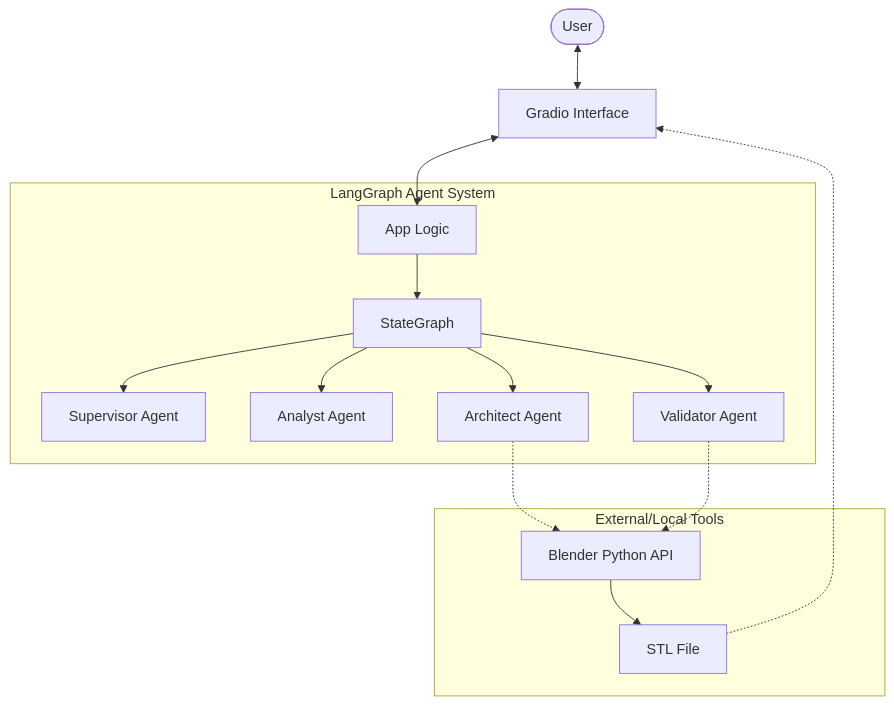
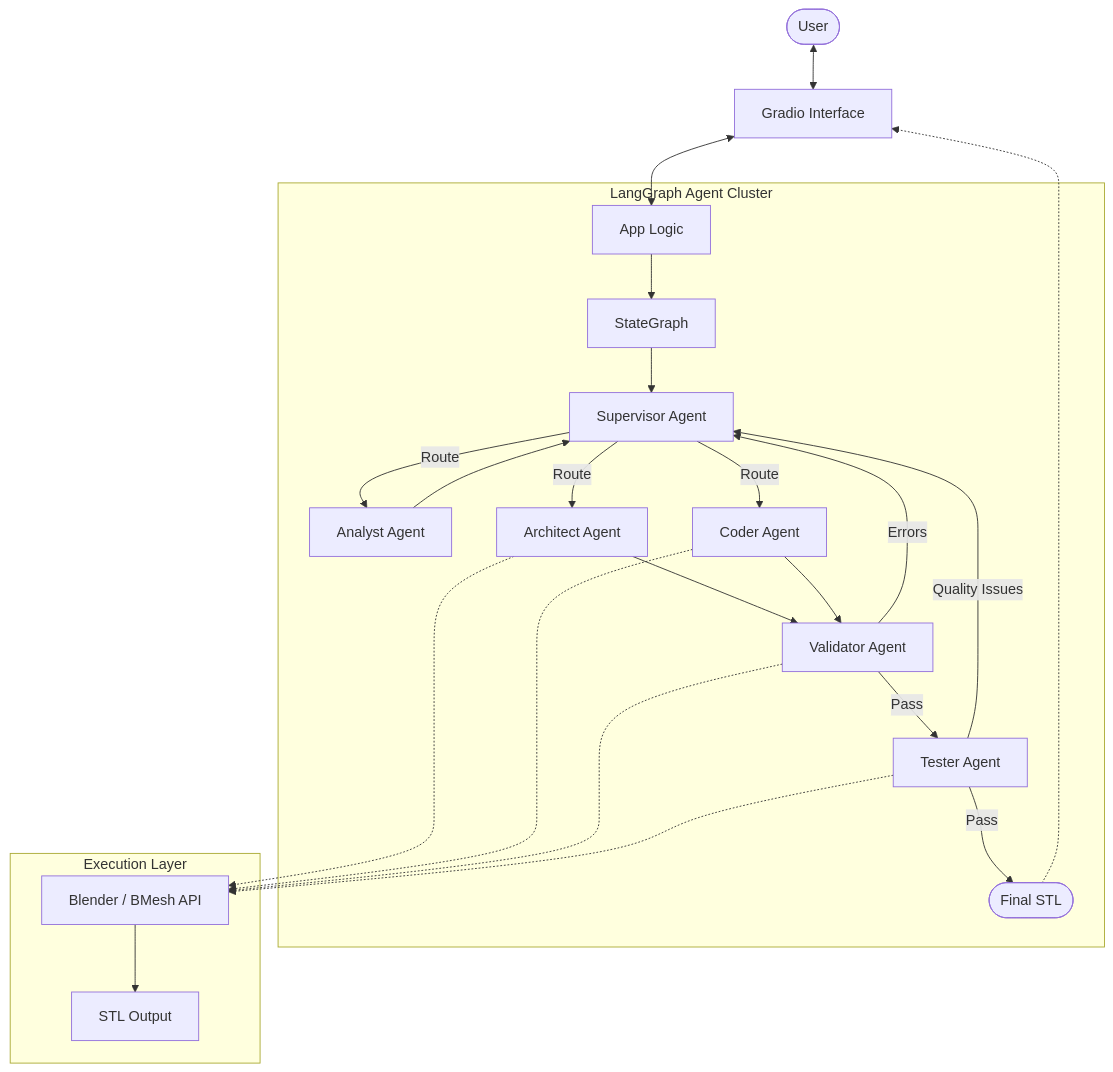
The diagram in README.md (pierreamir123/3D-Designer-Agent), drawn with Mermaid before and after one commit. The commit also changed other lines of this file and 10 other files, not shown here.

````diff
--- a/README.md
+++ b/README.md
@@ -20,21 +39,28 @@
 ```mermaid
 graph TD
     User([User]) <--> UI[Gradio Interface]
     UI <--> App[App Logic]
     
-    subgraph "LangGraph Agent System"
+    subgraph "LangGraph Agent Cluster"
         App --> Graph[StateGraph]
         Graph --> Sup[Supervisor Agent]
-        Graph --> Ana[Analyst Agent]
-        Graph --> Arch[Architect Agent]
-        Graph --> Val[Validator Agent]
+        Sup -->|Route| Ana[Analyst Agent]
+        Sup -->|Route| Cod[Coder Agent]
+        Ana --> Sup
+        Sup -->|Route| Arch[Architect Agent]
+        Arch --> Val[Validator Agent]
+        Cod --> Val
+        Val -->|Errors| Sup
+        Val -->|Pass| Test[Tester Agent]
+        Test -->|Quality Issues| Sup
+        Test -->|Pass| Final([Final STL])
     end
     
-    subgraph "External/Local Tools"
-        Arch -.-> BPY[Blender Python API]
-        Val -.-> BPY
-        BPY --> STL[STL File]
+    subgraph "Execution Layer"
+        Arch & Cod -.-> BPY[Blender / BMesh API]
+        Val & Test -.-> BPY
+        BPY --> STL[STL Output]
     end
     
-    STL -.-> UI
+    Final -.-> UI
 ```
````
